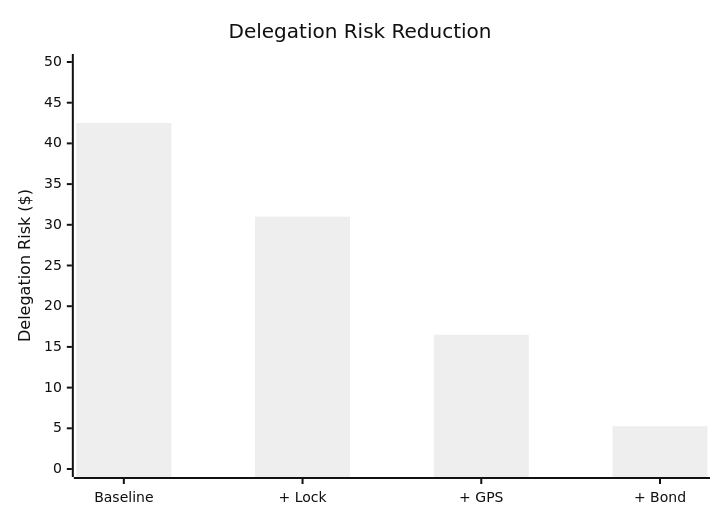
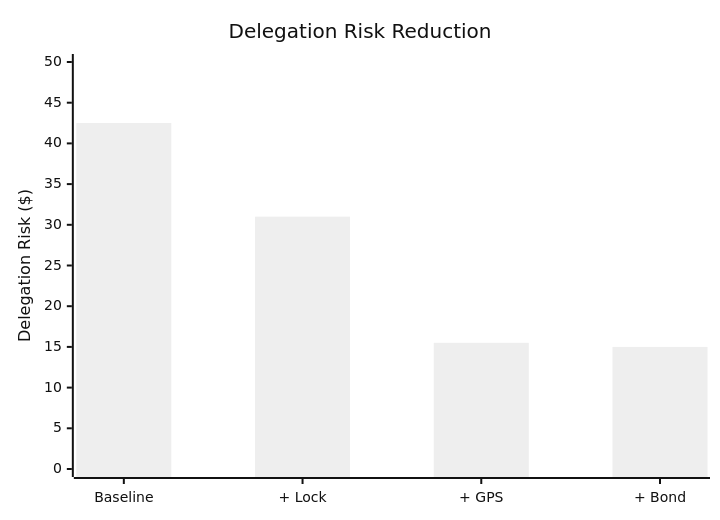
The sixth of 8 diagrams in apps/delegation-risk/src/content/docs/delegation-risk/walkthrough.md (quantified-uncertainty/cairn), drawn with Mermaid (neutral theme) before and after one commit. The commit also changed other lines of this file and 57 other files, not shown here.

````diff
--- a/apps/delegation-risk/src/content/docs/delegation-risk/walkthrough.md
+++ b/apps/delegation-risk/src/content/docs/delegation-risk/walkthrough.md
@@ -179,7 +179,7 @@
 ```mermaid
 xychart-beta
     title "Delegation Risk Reduction"
     x-axis ["Baseline", "+ Lock", "+ GPS", "+ Bond"]
     y-axis "Delegation Risk ($)" 0 --> 50
-    bar [42.50, 31.00, 16.50, 5.25]
+    bar [42.50, 31.00, 15.50, 15.00]
 ```
````
